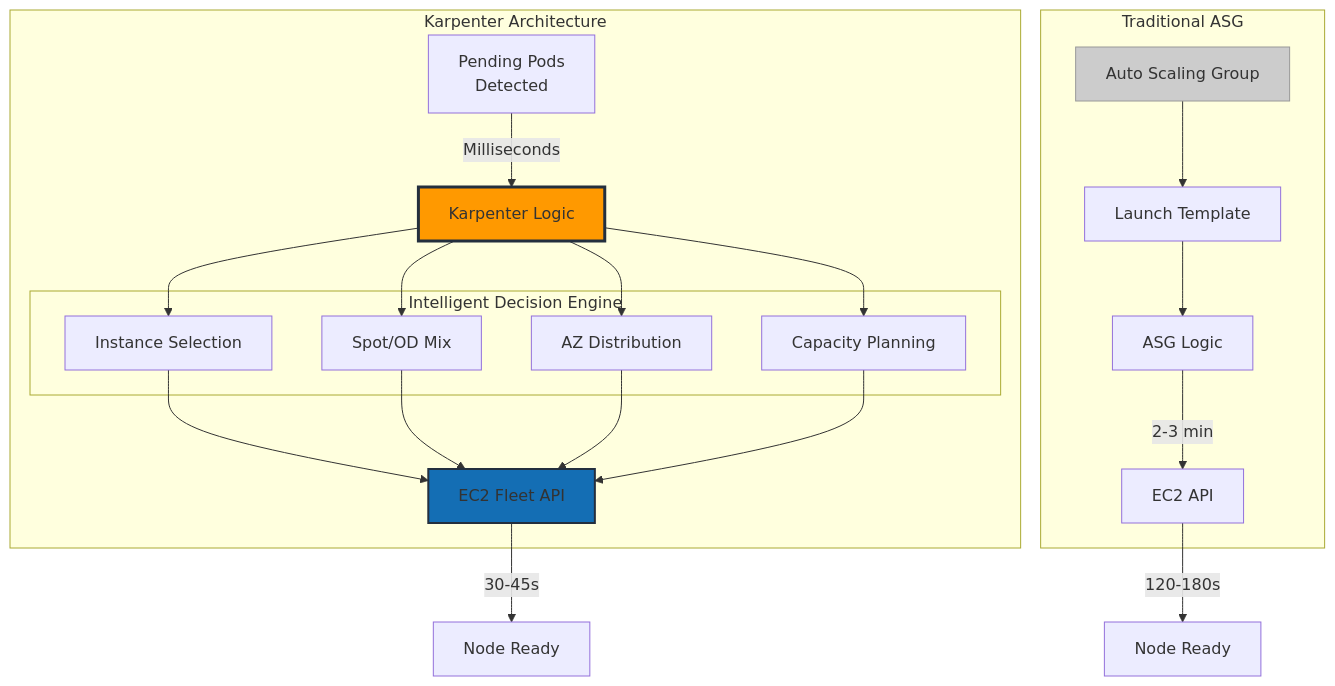
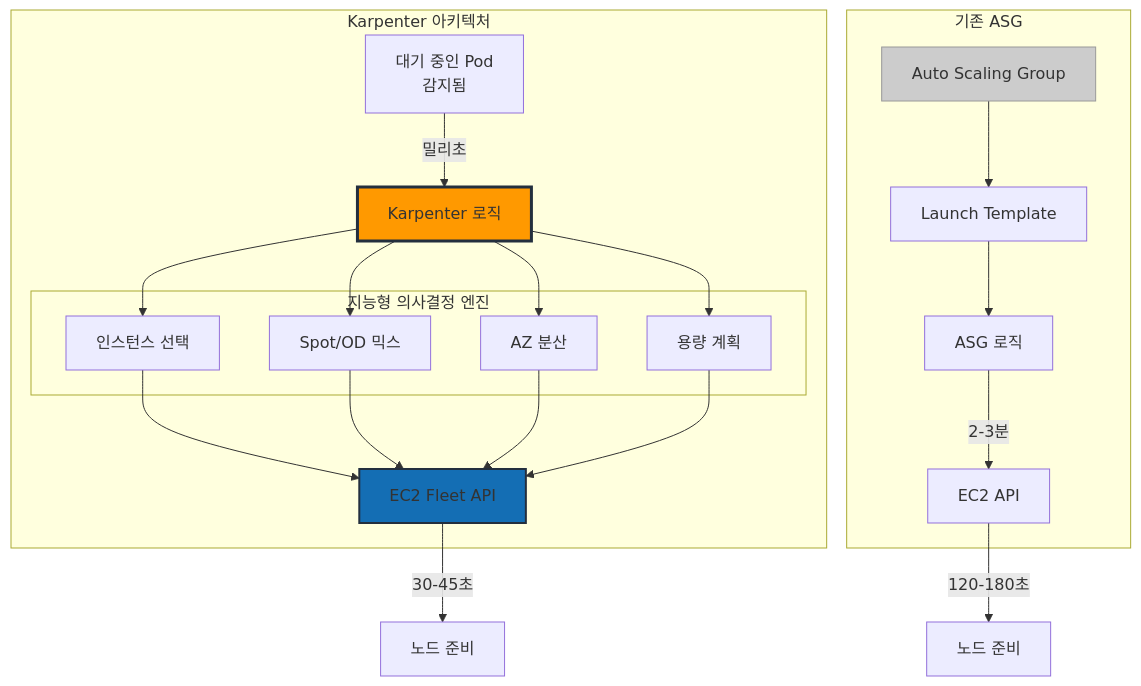
Before and after one commit to devfloor9/engineering-playbook: the second of 13 diagrams in docs/performance-networking/karpenter-autoscaling.md, drawn with Mermaid. The commit also changed other lines of this file and 30 other files, not shown here.

````diff
--- a/docs/performance-networking/karpenter-autoscaling.md
+++ b/docs/performance-networking/karpenter-autoscaling.md
@@ -59,45 +65,45 @@
 ```mermaid
 graph TB
-    subgraph "Karpenter Architecture"
-        PP[Pending Pods<br/>Detected]
-        KL[Karpenter Logic]
+    subgraph "Karpenter 아키텍처"
+        PP[대기 중인 Pod<br/>감지됨]
+        KL[Karpenter 로직]
         EC2[EC2 Fleet API]
 
-        PP -->|Milliseconds| KL
+        PP -->|밀리초| KL
 
-        subgraph "Intelligent Decision Engine"
-            IS[Instance Selection]
-            SP[Spot/OD Mix]
-            AZ[AZ Distribution]
-            CP[Capacity Planning]
+        subgraph "지능형 의사결정 엔진"
+            IS[인스턴스 선택]
+            SP[Spot/OD 믹스]
+            AZ[AZ 분산]
+            CP[용량 계획]
         end
 
         KL --> IS
         KL --> SP
         KL --> AZ
         KL --> CP
 
         IS --> EC2
         SP --> EC2
         AZ --> EC2
         CP --> EC2
     end
 
-    subgraph "Traditional ASG"
+    subgraph "기존 ASG"
         ASG[Auto Scaling Group]
         LT[Launch Template]
-        ASGL[ASG Logic]
+        ASGL[ASG 로직]
 
         ASG --> LT
         LT --> ASGL
-        ASGL -->|2-3 min| EC2_OLD[EC2 API]
+        ASGL -->|2-3분| EC2_OLD[EC2 API]
     end
 
-    EC2 -->|30-45s| NODE[Node Ready]
-    EC2_OLD -->|120-180s| NODE_OLD[Node Ready]
+    EC2 -->|30-45초| NODE[노드 준비]
+    EC2_OLD -->|120-180초| NODE_OLD[노드 준비]
 
     style KL fill:#ff9900,stroke:#232f3e,stroke-width:3px
     style EC2 fill:#146eb4,stroke:#232f3e,stroke-width:2px
     style ASG fill:#cccccc,stroke:#999999
 
 ```
````
